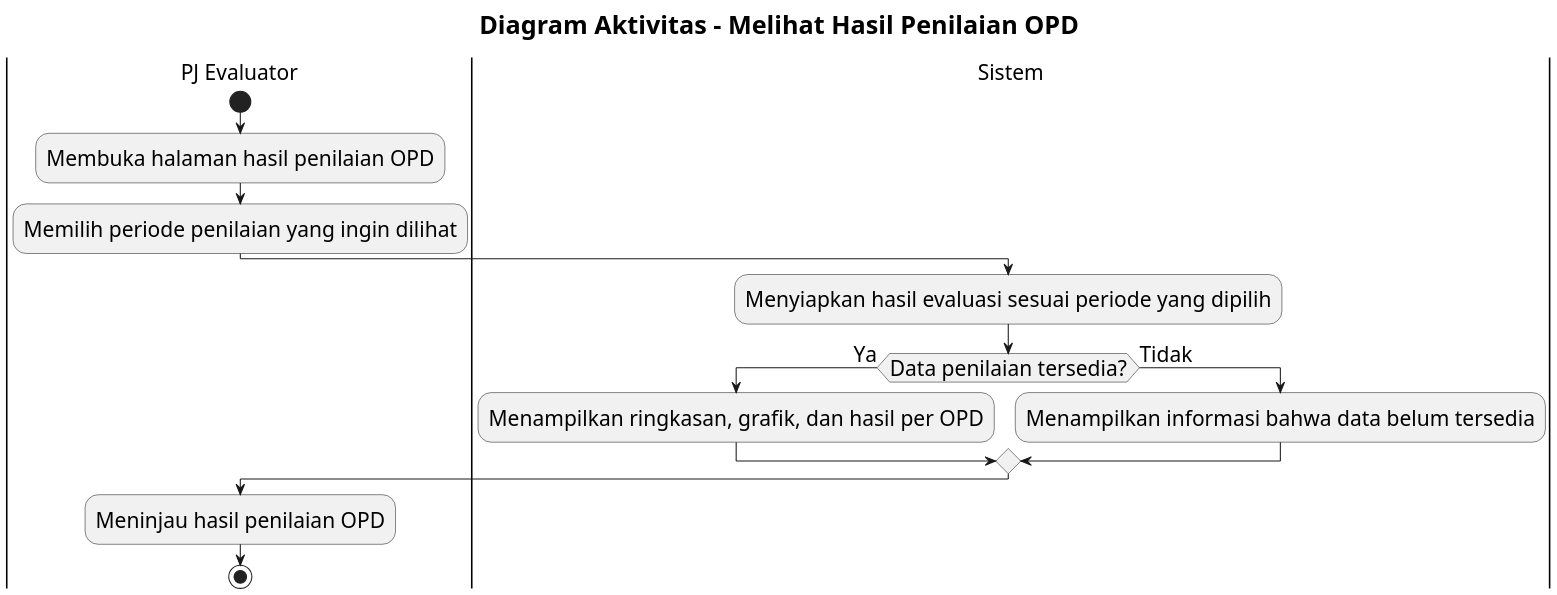
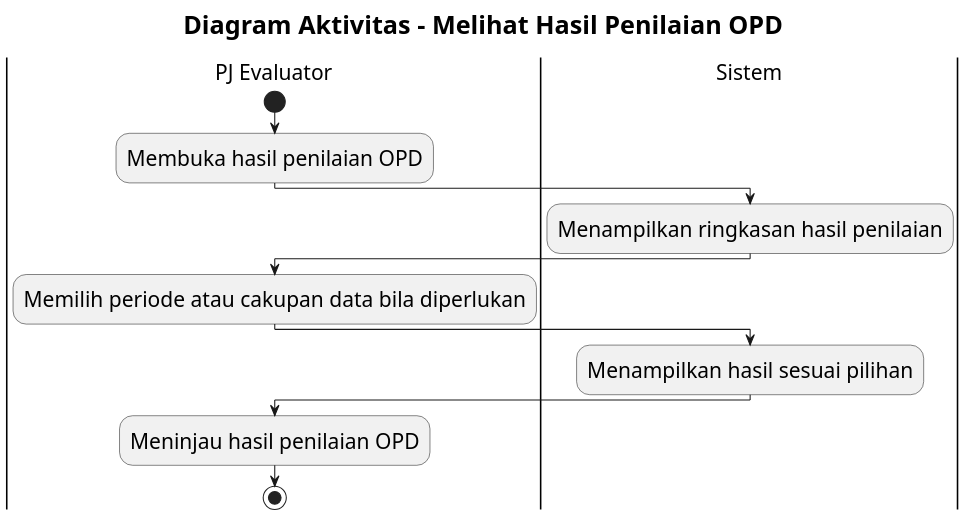
One commit to howlil/sop-generate-app changed the diagram in docs/activity-diagram/lampiran/pj-evaluator-melihat-hasil-penilaian-opd.md. Above: the diagram before and after it, drawn with PlantUML. The commit also changed other lines of this file and 20 other files, not shown here.

Commit message:
docs(activity): simplify flows to business-level design

````diff
--- a/docs/activity-diagram/lampiran/pj-evaluator-melihat-hasil-penilaian-opd.md
+++ b/docs/activity-diagram/lampiran/pj-evaluator-melihat-hasil-penilaian-opd.md
@@ -16,29 +16,28 @@
 ```plantuml
 @startuml
 skinparam defaultFontSize 20
 skinparam titleFontSize 24
 skinparam dpi 160
 
 title Diagram Aktivitas - Melihat Hasil Penilaian OPD
 
 |PJ Evaluator|
 start
-:Membuka halaman hasil penilaian OPD;
-:Memilih periode penilaian yang ingin dilihat;
+:Membuka hasil penilaian OPD;
 
 |Sistem|
-:Menyiapkan hasil evaluasi sesuai periode yang dipilih;
+:Menampilkan ringkasan hasil penilaian;
 
-if (Data penilaian tersedia?) then (Ya)
-  :Menampilkan ringkasan, grafik, dan hasil per OPD;
-else (Tidak)
-  :Menampilkan informasi bahwa data belum tersedia;
-endif
+|PJ Evaluator|
+:Memilih periode atau cakupan data bila diperlukan;
+
+|Sistem|
+:Menampilkan hasil sesuai pilihan;
 
 |PJ Evaluator|
 :Meninjau hasil penilaian OPD;
 
 stop
 
 @enduml
 ```
````
